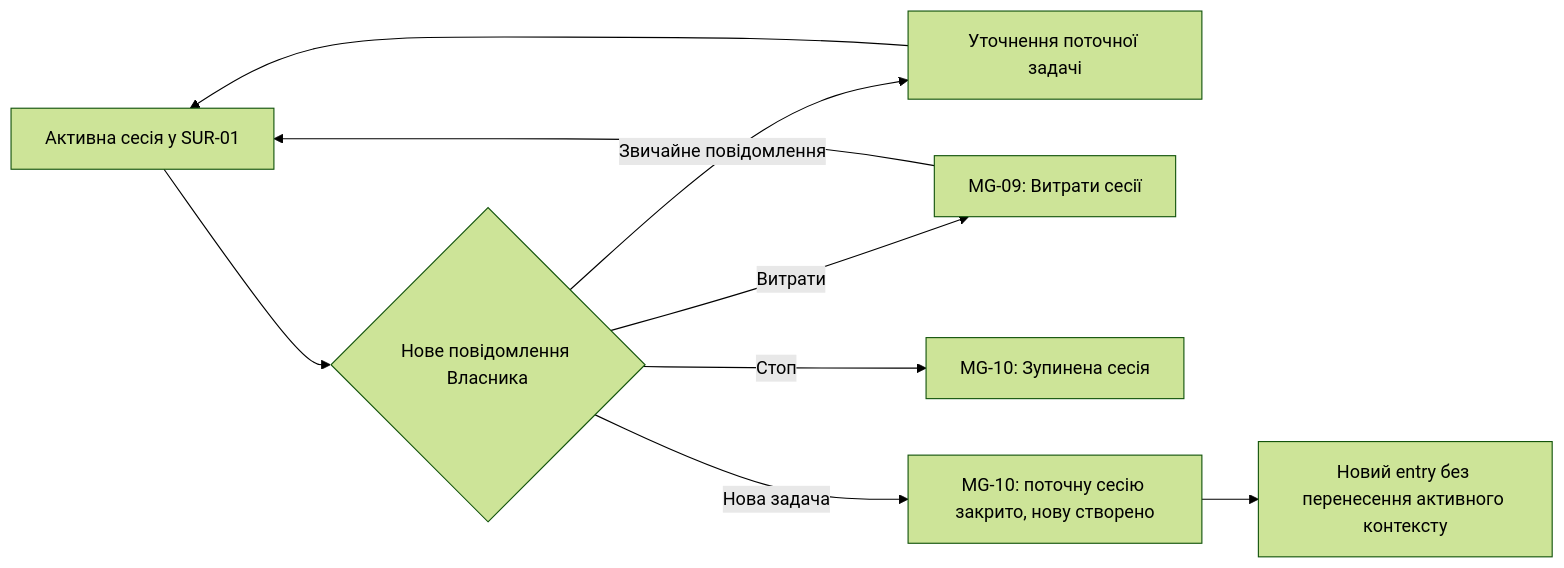
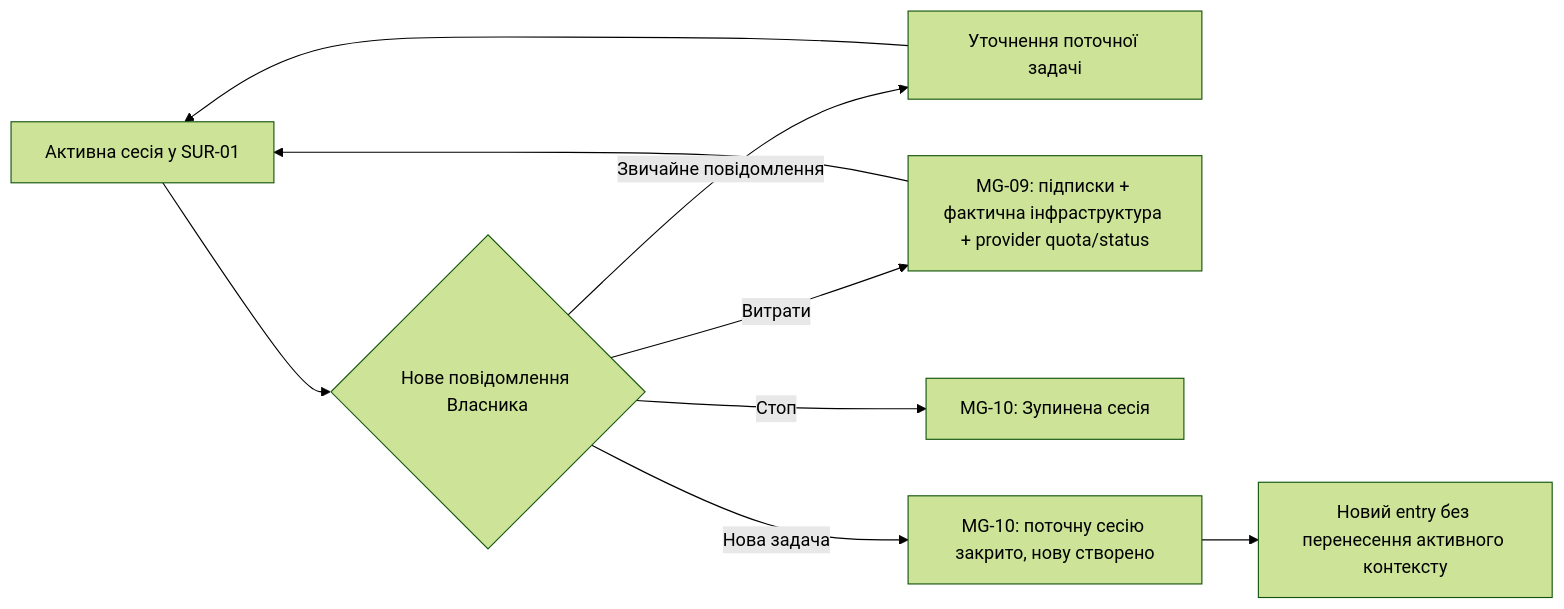
The second of 3 diagrams in docs/screen-map.md (Ingwarski/personal-ai-consulting-group-godaddy), drawn with Mermaid (forest theme) before and after one commit. The commit also changed other lines of this file and 12 other files, not shown here.

````diff
--- a/docs/screen-map.md
+++ b/docs/screen-map.md
@@ -122,11 +127,11 @@
 ```mermaid
 flowchart LR
     A["Активна сесія у SUR-01"] --> B{"Нове повідомлення Власника"}
     B -->|"Звичайне повідомлення"| C["Уточнення поточної задачі"]
     C --> A
-    B -->|"Витрати"| D["MG-09: Витрати сесії"]
+    B -->|"Витрати"| D["MG-09: підписки + фактична інфраструктура + provider quota/status"]
     D --> A
     B -->|"Стоп"| E["MG-10: Зупинена сесія"]
     B -->|"Нова задача"| F["MG-10: поточну сесію закрито, нову створено"]
     F --> G["Новий entry без перенесення активного контексту"]
 ```
````
